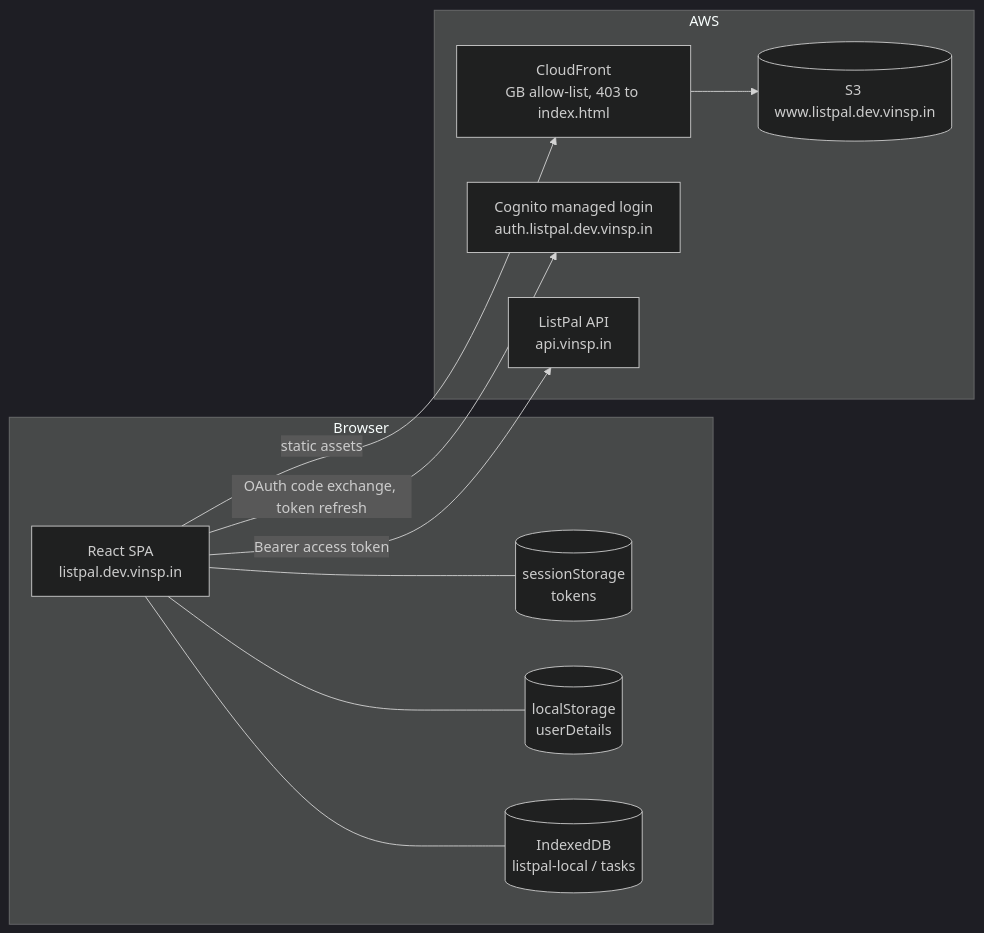
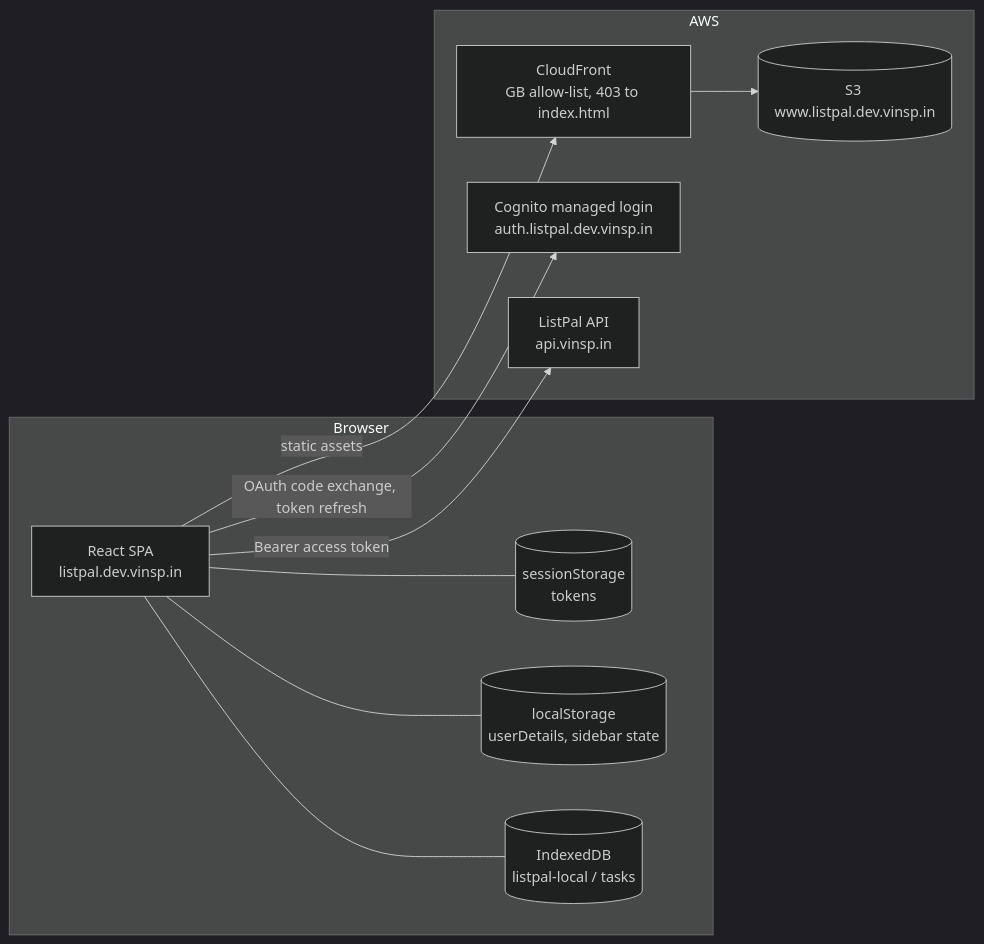
One commit to TomBenjaminMorris/listpal-frontend changed the first of 6 diagrams in ARCHITECTURE.md. Above: the diagram before and after it, drawn with Mermaid (dark theme). The commit also changed other lines of this file and 1 other file, not shown here.

Commit message:
Remember the sidebar and Boards menu state across refreshes (#27)

````diff
--- a/ARCHITECTURE.md
+++ b/ARCHITECTURE.md
@@ -64,24 +64,24 @@
 ```mermaid
 flowchart LR
     subgraph Browser
         SPA["React SPA<br/>listpal.dev.vinsp.in"]
         SS[("sessionStorage<br/>tokens")]
-        LS[("localStorage<br/>userDetails")]
+        LS[("localStorage<br/>userDetails, sidebar state")]
         IDB[("IndexedDB<br/>listpal-local / tasks")]
     end
 
     subgraph AWS
         CF["CloudFront<br/>GB allow-list, 403 to index.html"]
         S3[("S3 www.listpal.dev.vinsp.in")]
         COG["Cognito managed login<br/>auth.listpal.dev.vinsp.in"]
         API["ListPal API<br/>api.vinsp.in"]
     end
 
     CF --> S3
     SPA -->|"static assets"| CF
     SPA -->|"OAuth code exchange, token refresh"| COG
     SPA -->|"Bearer access token"| API
     SPA --- SS
     SPA --- LS
     SPA --- IDB
 ```
````
